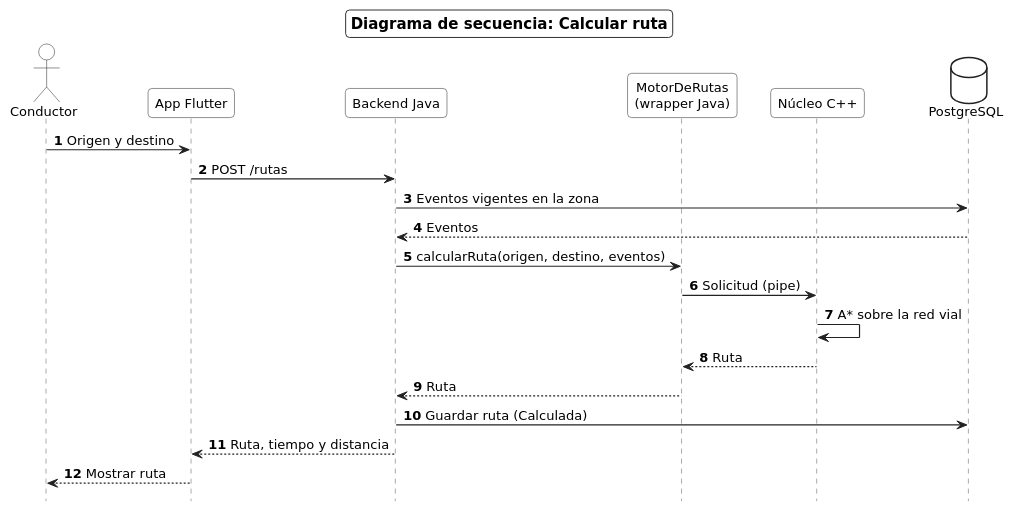
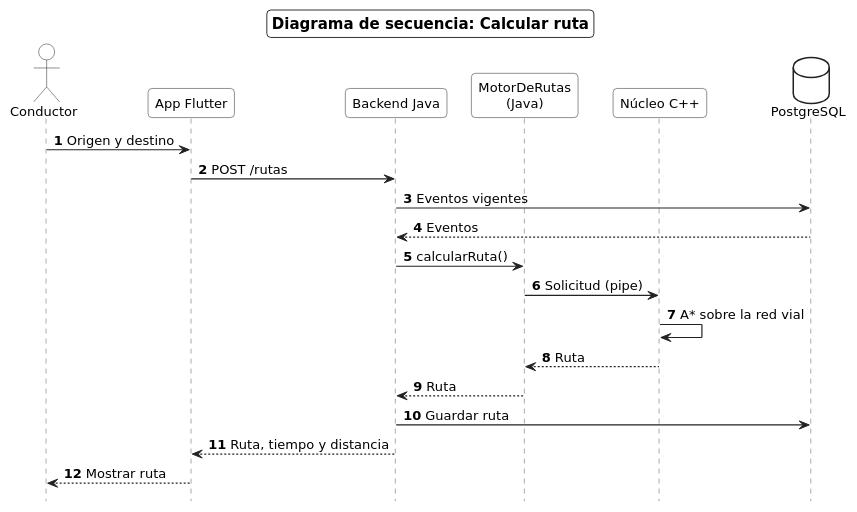
The diagram in 03_des/DiagramasPrueba/Diagramas de secuencia/SEC-04_CalcularRuta.puml (uniWASD/ChuroViajeInterno), drawn with PlantUML before and after one commit. The commit also changed 16 other files, not shown here.

```diff
--- a/03_des/DiagramasPrueba/Diagramas de secuencia/SEC-04_CalcularRuta.puml
+++ b/03_des/DiagramasPrueba/Diagramas de secuencia/SEC-04_CalcularRuta.puml
@@ -1,60 +1,60 @@
 @startuml SEC-04_CalcularRuta
 ' Diagrama de secuencia general: calcular ruta con el motor core
 skinparam shadowing false
 skinparam defaultFontName "DejaVu Sans"
 skinparam defaultFontSize 13
 skinparam wrapWidth 160
 skinparam ArrowColor #222222
 skinparam backgroundColor white
 skinparam titleBorderThickness 1
 skinparam titleBorderColor #333333
 skinparam titleBorderRoundCorner 0
 skinparam titleFontSize 15
 skinparam titleBackgroundColor white
 skinparam roundCorner 8
 skinparam sequence {
   ParticipantBackgroundColor white
   ParticipantBorderColor #222222
   ActorBackgroundColor white
   ActorBorderColor #222222
   LifeLineBorderColor #555555
   LifeLineBackgroundColor white
   GroupBorderColor #777777
   GroupBackgroundColor white
   ArrowThickness 1.2
 }
 skinparam note {
   BackgroundColor white
   BorderColor #777777
 }
 skinparam database {
   BackgroundColor white
   BorderColor #222222
 }
 skinparam responseMessageBelowArrow true
 hide footbox
 autonumber
 
 title Diagrama de secuencia: Calcular ruta
 
 actor Conductor
 participant "App Flutter" as App
 participant "Backend Java" as Backend
-participant "MotorDeRutas\n(wrapper Java)" as Wrapper
+participant "MotorDeRutas\n(Java)" as Wrapper
 participant "Núcleo C++" as Core
 database PostgreSQL as BD
 
 Conductor -> App : Origen y destino
 App -> Backend : POST /rutas
-Backend -> BD : Eventos vigentes en la zona
+Backend -> BD : Eventos vigentes
 BD --> Backend : Eventos
-Backend -> Wrapper : calcularRuta(origen, destino, eventos)
+Backend -> Wrapper : calcularRuta()
 Wrapper -> Core : Solicitud (pipe)
 Core -> Core : A* sobre la red vial
 Core --> Wrapper : Ruta
 Wrapper --> Backend : Ruta
-Backend -> BD : Guardar ruta (Calculada)
+Backend -> BD : Guardar ruta
 Backend --> App : Ruta, tiempo y distancia
 App --> Conductor : Mostrar ruta
 
 @enduml
```
